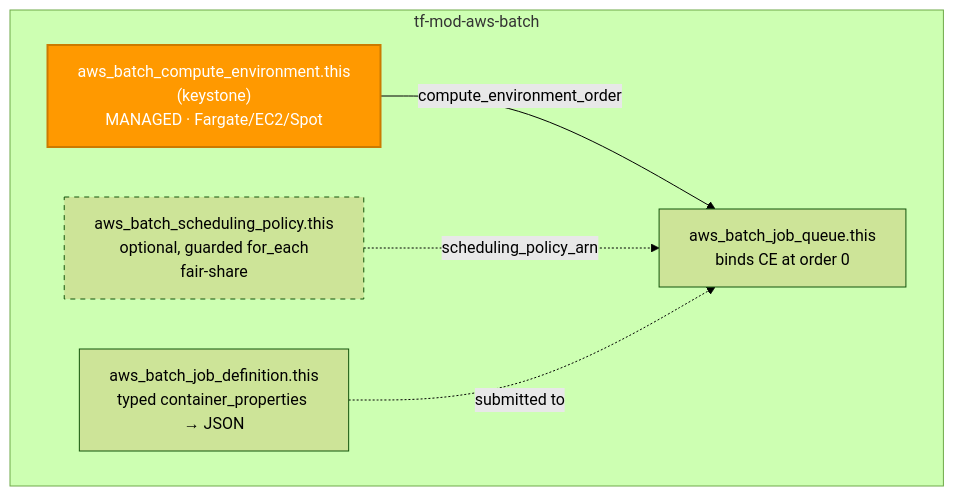
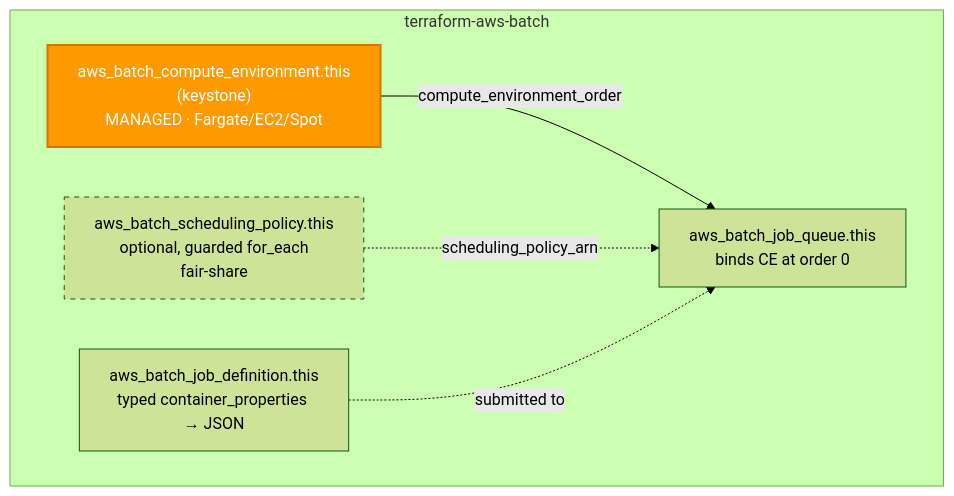
Before and after one commit to microsoftexpert/terraform-aws-batch: the second of 2 diagrams in README.md, drawn with Mermaid (forest theme). The commit also changed other lines of this file and 2 other files, not shown here.

````diff
--- a/README.md
+++ b/README.md
@@ -70,16 +70,16 @@
 ```mermaid
 flowchart TD
- subgraph mod["tf-mod-aws-batch"]
+ subgraph mod["terraform-aws-batch"]
  ce["aws_batch_compute_environment.this<br/>(keystone)<br/>MANAGED · Fargate/EC2/Spot"]
  sp["aws_batch_scheduling_policy.this<br/>optional, guarded for_each<br/>fair-share"]
  jq["aws_batch_job_queue.this<br/>binds CE at order 0"]
  jd["aws_batch_job_definition.this<br/>typed container_properties → JSON"]
  end
 
  ce -->|"compute_environment_order"| jq
  sp -.->|"scheduling_policy_arn"| jq
  jd -.->|"submitted to"| jq
 
  style ce fill:#FF9900,color:#fff,stroke:#cc7a00,stroke-width:2px
  style sp stroke-dasharray: 5 5
 ```
````
